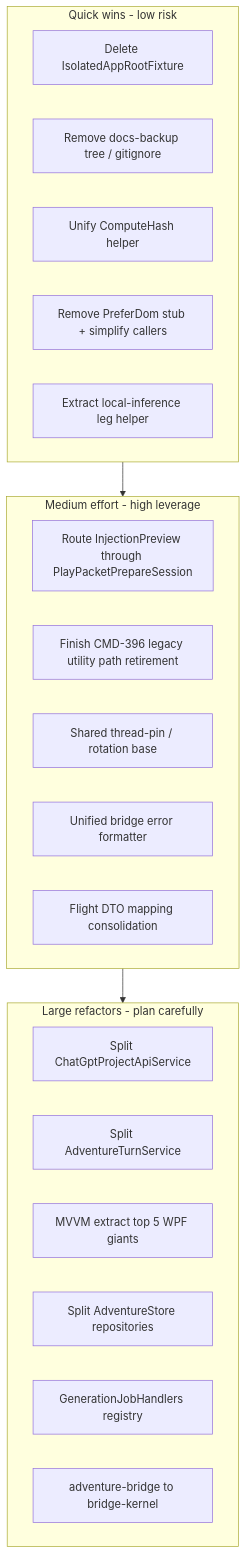
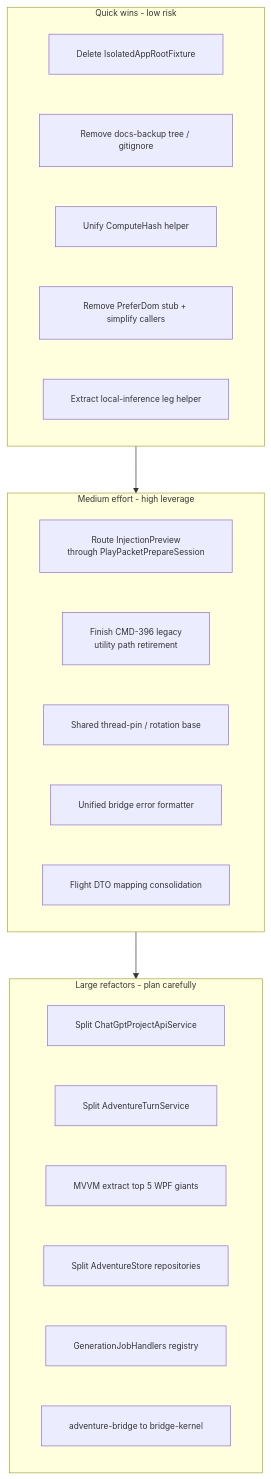
The second of 2 diagrams in docs/developer/refactor-audit.md (CMD0112/NarrativeGPT), drawn with Mermaid before and after one commit. The commit also changed other lines of this file and 788 other files, not shown here.

````diff
--- a/docs/developer/refactor-audit.md
+++ b/docs/developer/refactor-audit.md
@@ -457,29 +458,30 @@
 ```mermaid
+%%{init: {"flowchart":{"nodeSpacing":58,"rankSpacing":68,"padding":20,"subGraphTitleMargin":16,"diagramPadding":12,"htmlLabels":true},"themeVariables":{"fontSize":"12px"}} }%%
 flowchart TD
     subgraph quick [Quick wins - low risk]
         A1[Delete IsolatedAppRootFixture]
         A2[Remove docs-backup tree / gitignore]
         A3[Unify ComputeHash helper]
         A4[Remove PreferDom stub + simplify callers]
         A5[Extract local-inference leg helper]
     end
 
     subgraph medium [Medium effort - high leverage]
-        B1[Route InjectionPreview through PlayPacketPrepareSession]
-        B2[Finish CMD-396 legacy utility path retirement]
+        B1[Route InjectionPreview<br/>through PlayPacketPrepareSession]
+        B2[Finish CMD-396 legacy<br/>utility path retirement]
         B3[Shared thread-pin / rotation base]
         B4[Unified bridge error formatter]
         B5[Flight DTO mapping consolidation]
     end
 
     subgraph large [Large refactors - plan carefully]
         C1[Split ChatGptProjectApiService]
         C2[Split AdventureTurnService]
         C3[MVVM extract top 5 WPF giants]
         C4[Split AdventureStore repositories]
         C5[GenerationJobHandlers registry]
         C6[adventure-bridge to bridge-kernel]
     end
 
     quick --> medium --> large
 ```
````
